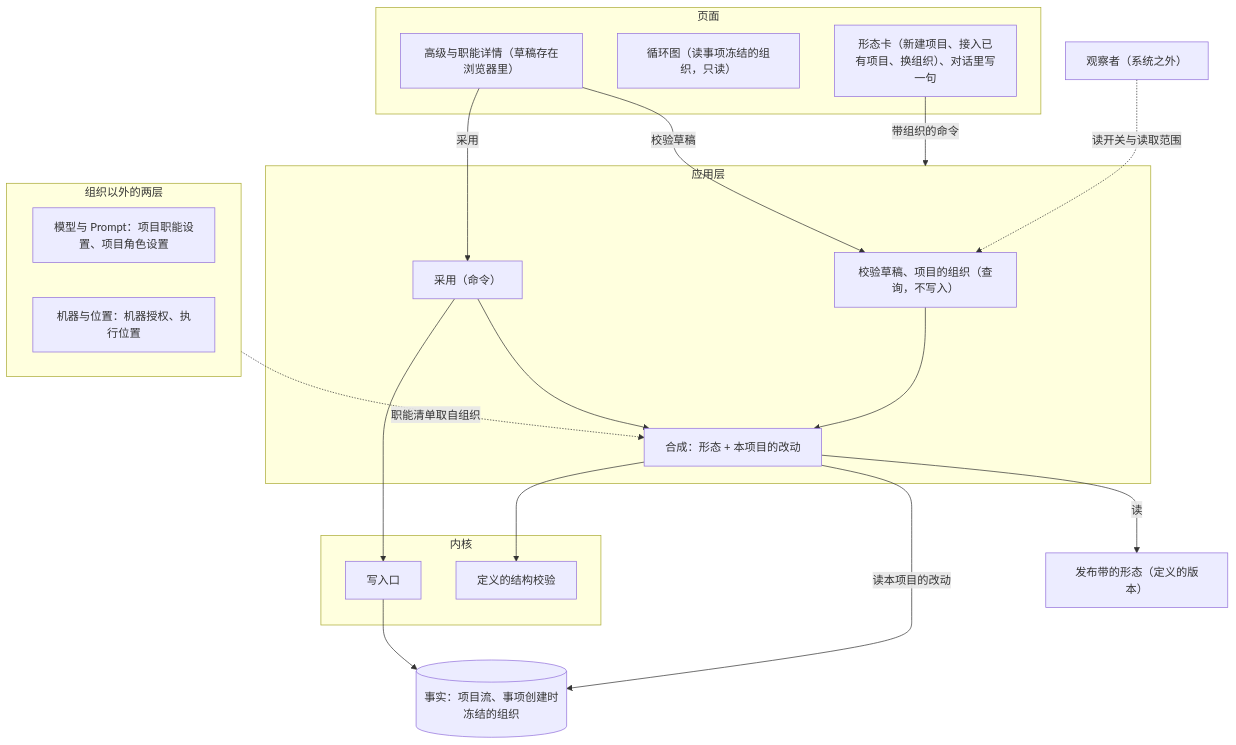
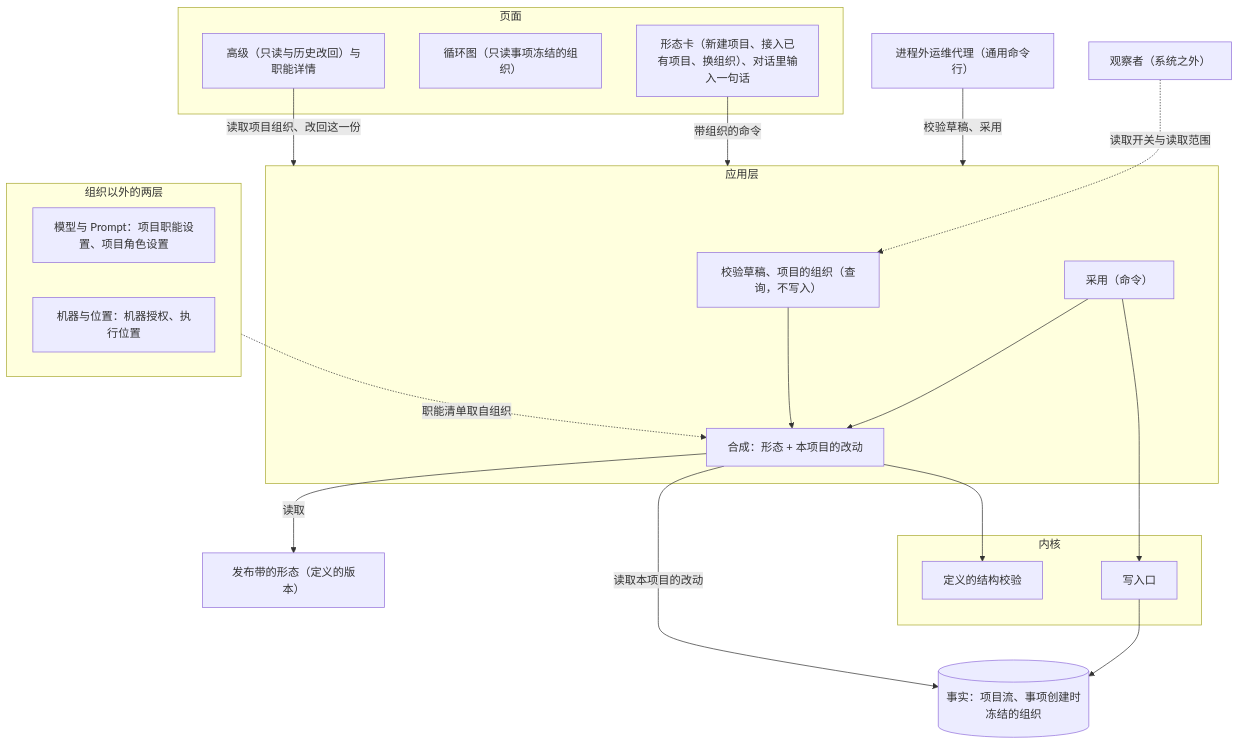
The first of 3 diagrams in docs/design/project-organization.md (bender2333/yudao), drawn with Mermaid before and after one commit. The commit also changed other lines of this file and 38 other files, not shown here.

Commit message:
路线图、规则与组织设计：运维代理排入 1.2、精简高级编辑页、登记本体脚手架与阶段检查

````diff
--- a/docs/design/project-organization.md
+++ b/docs/design/project-organization.md
@@ -65,35 +67,36 @@
 ```mermaid
 flowchart TB
   subgraph Page["页面"]
-    OrgPage["高级与职能详情（草稿存在浏览器里）"]
-    Graph["循环图（读事项冻结的组织，只读）"]
-    Dialogs["形态卡（新建项目、接入已有项目、换组织）、对话里写一句"]
+    OrgPage["高级（只读与历史改回）与职能详情"]
+    Graph["循环图（只读事项冻结的组织）"]
+    Dialogs["形态卡（新建项目、接入已有项目、换组织）、对话里输入一句话"]
   end
+  Ops["进程外运维代理（通用命令行）"]
   subgraph App["应用层"]
     Query["校验草稿、项目的组织（查询，不写入）"]
     Adopt["采用（命令）"]
     Compose["合成：形态 + 本项目的改动"]
   end
   subgraph Kernel["内核"]
     Check["定义的结构校验"]
     Write["写入口"]
   end
   Forms["发布带的形态（定义的版本）"]
   Facts[("事实：项目流、事项创建时冻结的组织")]
   subgraph Others["组织以外的两层"]
     ModelPrompt["模型与 Prompt：项目职能设置、项目角色设置"]
     Machine["机器与位置：机器授权、执行位置"]
   end
   Obs["观察者（系统之外）"]
-  OrgPage -->|"校验草稿"| Query
-  OrgPage -->|"采用"| Adopt
+  OrgPage -->|"读取项目组织、改回这一份"| App
+  Ops -->|"校验草稿、采用"| App
   Dialogs -->|"带组织的命令"| App
   Query --> Compose
   Adopt --> Compose
-  Compose -->|"读"| Forms
-  Compose -->|"读本项目的改动"| Facts
+  Compose -->|"读取"| Forms
+  Compose -->|"读取本项目的改动"| Facts
   Compose --> Check
   Adopt --> Write --> Facts
   Others -.->|"职能清单取自组织"| Compose
-  Obs -.->|"读开关与读取范围"| Query
+  Obs -.->|"读取开关与读取范围"| Query
 ```
````
